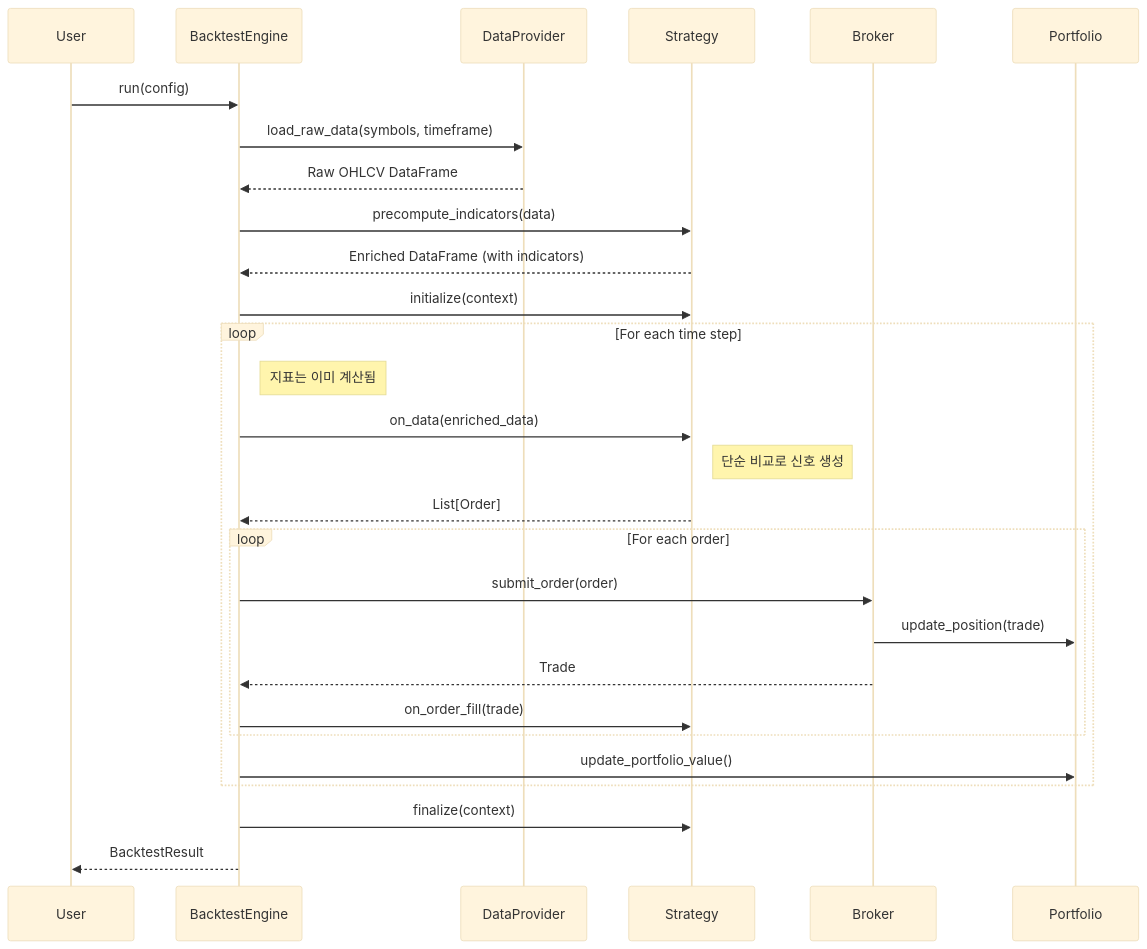
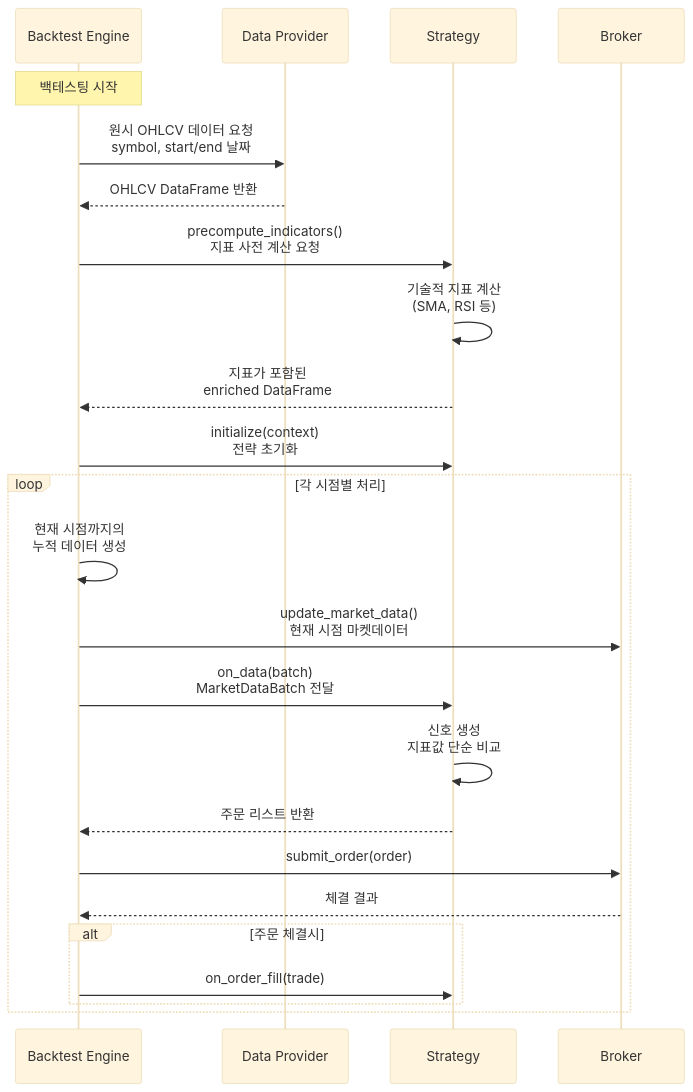
The second of 3 diagrams in README.md (Lazydok/quantbt), drawn with Mermaid (base theme) before and after one commit. The commit also changed other lines of this file and 26 other files, not shown here.

````diff
--- a/README.md
+++ b/README.md
@@ -107,37 +72,40 @@
 ```mermaid
 sequenceDiagram
-    participant U as User
-    participant BE as BacktestEngine
-    participant DP as DataProvider
-    participant S as Strategy
-    participant B as Broker
-    participant P as Portfolio
+    participant Engine as Backtest Engine
+    participant DataProvider as Data Provider
+    participant Strategy as Strategy
+    participant Broker as Broker
     
-    U->>BE: run(config)
-    BE->>DP: load_raw_data(symbols, timeframe)
-    DP-->>BE: Raw OHLCV DataFrame
+    Note over Engine: 백테스팅 시작
     
-    BE->>S: precompute_indicators(data)
-    S-->>BE: Enriched DataFrame (with indicators)
+    Engine->>DataProvider: 원시 OHLCV 데이터 요청<br/>symbol, start/end 날짜
     
-    BE->>S: initialize(context)
+    DataProvider-->>Engine: OHLCV DataFrame 반환
     
-    loop For each time step
-        Note right of BE: 지표는 이미 계산됨
-        BE->>S: on_data(enriched_data)
-        Note right of S: 단순 비교로 신호 생성
-        S-->>BE: List[Order]
+    Engine->>Strategy: precompute_indicators()<br/>지표 사전 계산 요청
+    
+    Strategy->>Strategy: 기술적 지표 계산<br/>(SMA, RSI 등)
+    
+    Strategy-->>Engine: 지표가 포함된<br/>enriched DataFrame
+    
+    Engine->>Strategy: initialize(context)<br/>전략 초기화
+    
+    loop 각 시점별 처리
+        Engine->>Engine: 현재 시점까지의<br/>누적 데이터 생성
         
-        loop For each order
-            BE->>B: submit_order(order)
-            B->>P: update_position(trade)
-            B-->>BE: Trade
-            BE->>S: on_order_fill(trade)
+        Engine->>Broker: update_market_data()<br/>현재 시점 마켓데이터
+        
+        Engine->>Strategy: on_data(batch)<br/>MarketDataBatch 전달
+        
+        Strategy->>Strategy: 신호 생성<br/>지표값 단순 비교
+        
+        Strategy-->>Engine: 주문 리스트 반환
+        
+        Engine->>Broker: submit_order(order)
+        Broker-->>Engine: 체결 결과
+        
+        alt 주문 체결시
+            Engine->>Strategy: on_order_fill(trade)
         end
-        
-        BE->>P: update_portfolio_value()
     end
-    
-    BE->>S: finalize(context)
-    BE-->>U: BacktestResult
 ```
````
